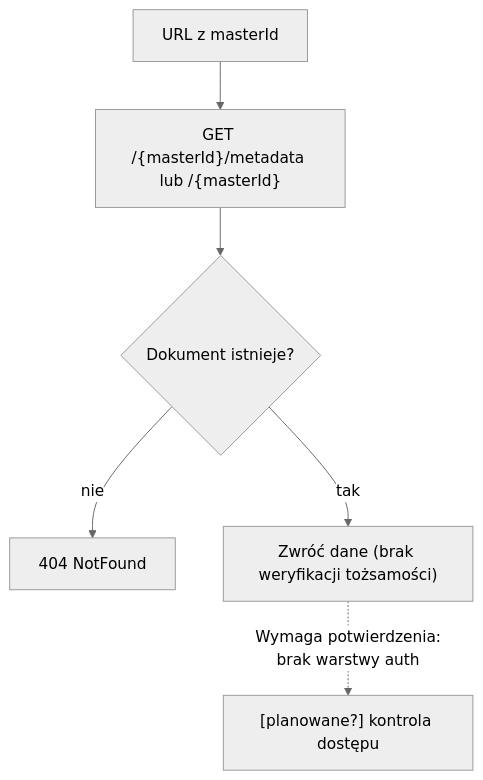
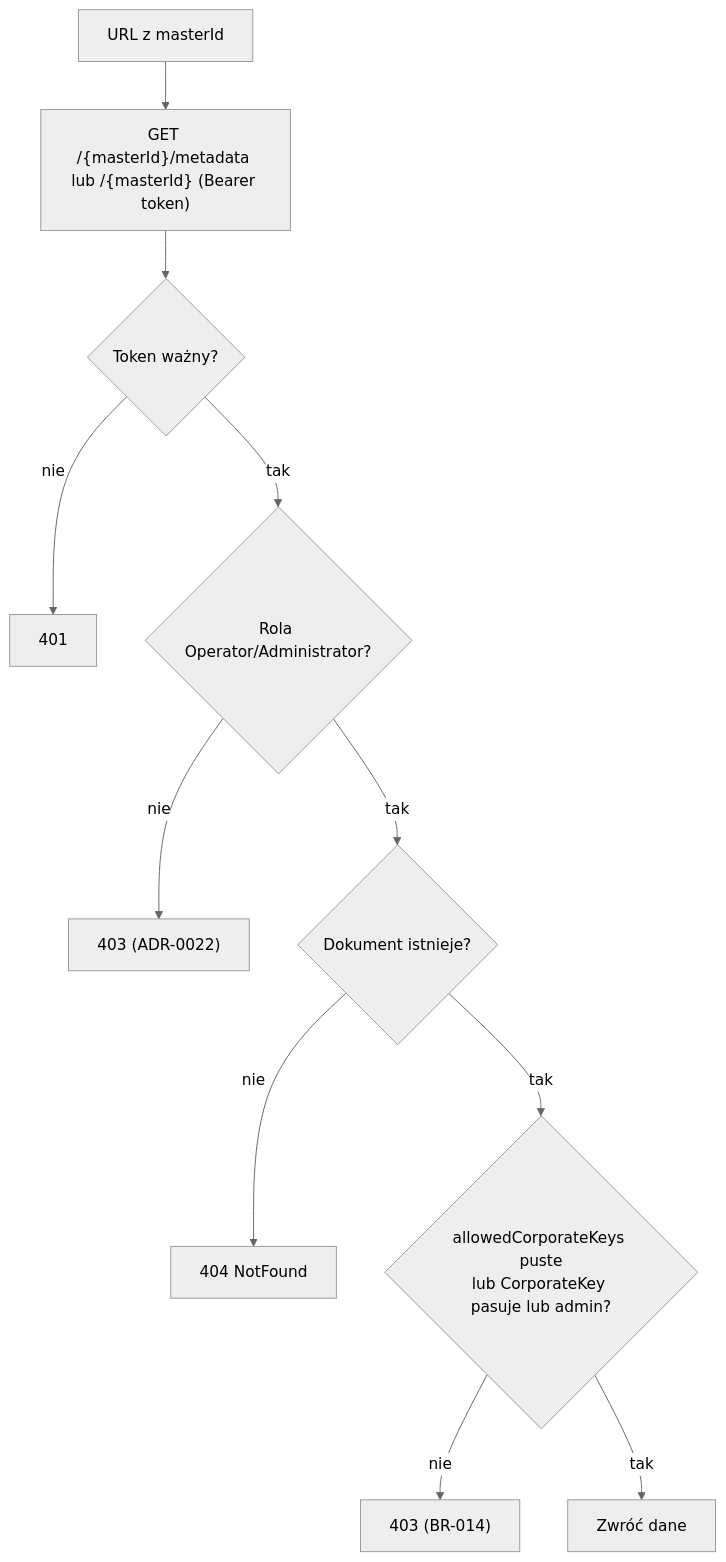
One commit to rybkakrzy/importer changed the tenth of 19 diagrams in .ai/confluence-principal-devops-documentation.md. Above: the diagram before and after it, drawn with Mermaid (neutral theme). The commit also changed other lines of this file and 56 other files, not shown here.

````diff
--- a/.ai/confluence-principal-devops-documentation.md
+++ b/.ai/confluence-principal-devops-documentation.md
@@ -500,8 +502,13 @@
 ```mermaid
 flowchart TD
-    A["URL z masterId"] --> B["GET /{masterId}/metadata lub /{masterId}"]
-    B --> C{"Dokument istnieje?"}
+    A["URL z masterId"] --> B["GET /{masterId}/metadata lub /{masterId} (Bearer token)"]
+    B --> T{"Token ważny?"}
+    T -- "nie" --> U["401"]
+    T -- "tak" --> R{"Rola Operator/Administrator?"}
+    R -- "nie" --> S["403 (ADR-0022)"]
+    R -- "tak" --> C{"Dokument istnieje?"}
     C -- "nie" --> D["404 NotFound"]
-    C -- "tak" --> E["Zwróć dane (brak weryfikacji tożsamości)"]
-    E -.->|"Wymaga potwierdzenia:<br/>brak warstwy auth"| F["[planowane?] kontrola dostępu"]
+    C -- "tak" --> K{"allowedCorporateKeys puste<br/>lub CorporateKey pasuje lub admin?"}
+    K -- "nie" --> L["403 (BR-014)"]
+    K -- "tak" --> E["Zwróć dane"]
 ```
````
